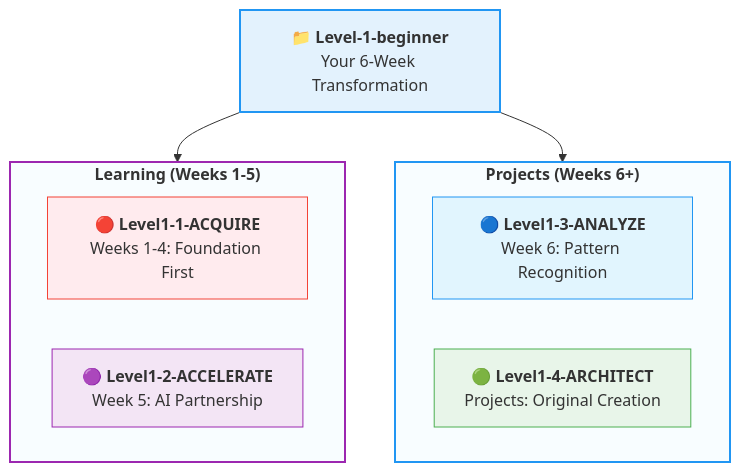
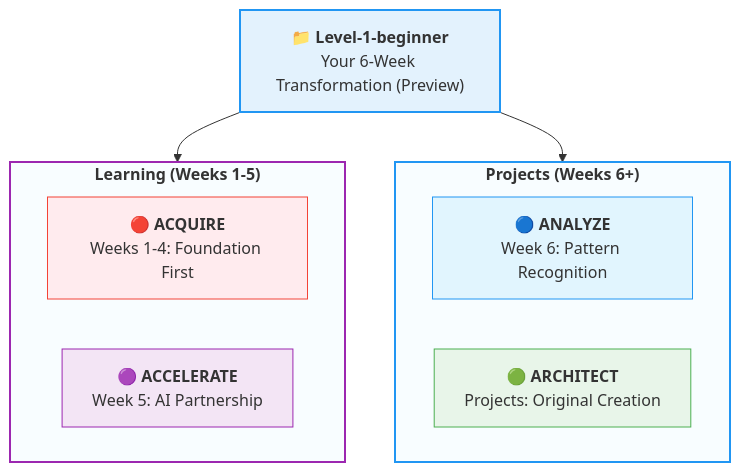
The sixth of 11 diagrams in Level-1-beginner/Guides/Section1-ACQUIRE/3_Knowledge_Base.md (uniqueumamaheswari-universe/SQLVerse), drawn with Mermaid before and after one commit. The commit also changed other lines of this file and 9 other files, not shown here.

````diff
--- a/Level-1-beginner/Guides/Section1-ACQUIRE/3_Knowledge_Base.md
+++ b/Level-1-beginner/Guides/Section1-ACQUIRE/3_Knowledge_Base.md
@@ -197,25 +221,25 @@
 ```mermaid
 flowchart TD
-    L1["<b>📁 Level-1-beginner</b><br/>Your 6-Week Transformation"]
+    L1["<b>📁 Level-1-beginner</b><br/>Your 6-Week Transformation (Preview)"]
 
     L1 --> Learning
     L1 --> Projects
 
-    subgraph Learning["<b>Learning (Weeks 1-5)</b>"]
-        P1["<b>🔴 Level1-1-ACQUIRE</b><br/>Weeks 1-4: Foundation First"]
-        P2["<b>🟣 Level1-2-ACCELERATE</b><br/>Week 5: AI Partnership"]
+    subgraph Learning ["<b>Learning (Weeks 1-5)</b>"]
+        P1["<b>🔴 ACQUIRE</b><br/>Weeks 1-4: Foundation First"]
+        P2["<b>🟣 ACCELERATE</b><br/>Week 5: AI Partnership"]
     end
 
-    subgraph Projects["<b>Projects (Weeks 6+)</b>"]
-        P3["<b>🔵 Level1-3-ANALYZE</b><br/>Week 6: Pattern Recognition"]
-        P4["<b>🟢 Level1-4-ARCHITECT</b><br/>Projects: Original Creation"]
+    subgraph Projects ["<b>Projects (Weeks 6+)</b>"]
+        P3["<b>🔵 ANALYZE</b><br/>Week 6: Pattern Recognition"]
+        P4["<b>🟢 ARCHITECT</b><br/>Projects: Original Creation"]
     end
 
     style L1 fill:#e3f2fd,stroke:#2196f3,stroke-width:2px
     style Learning fill:#f8fdff,stroke:#9c27b0,stroke-width:2px
     style Projects fill:#f8fdff,stroke:#2196f3,stroke-width:2px
     style P1 fill:#ffebee,stroke:#f44336
     style P2 fill:#f3e5f5,stroke:#9c27b0
     style P3 fill:#e1f5fe,stroke:#2196f3
     style P4 fill:#e8f5e9,stroke:#4caf50
 ```
````
